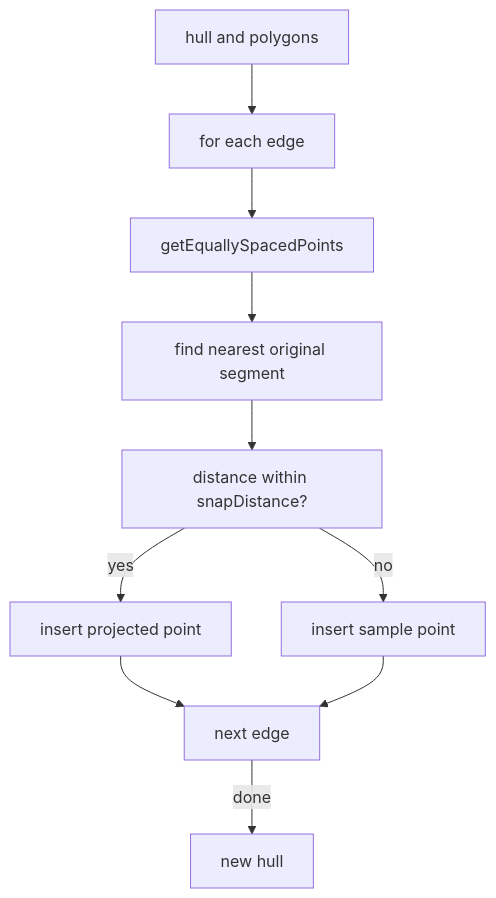
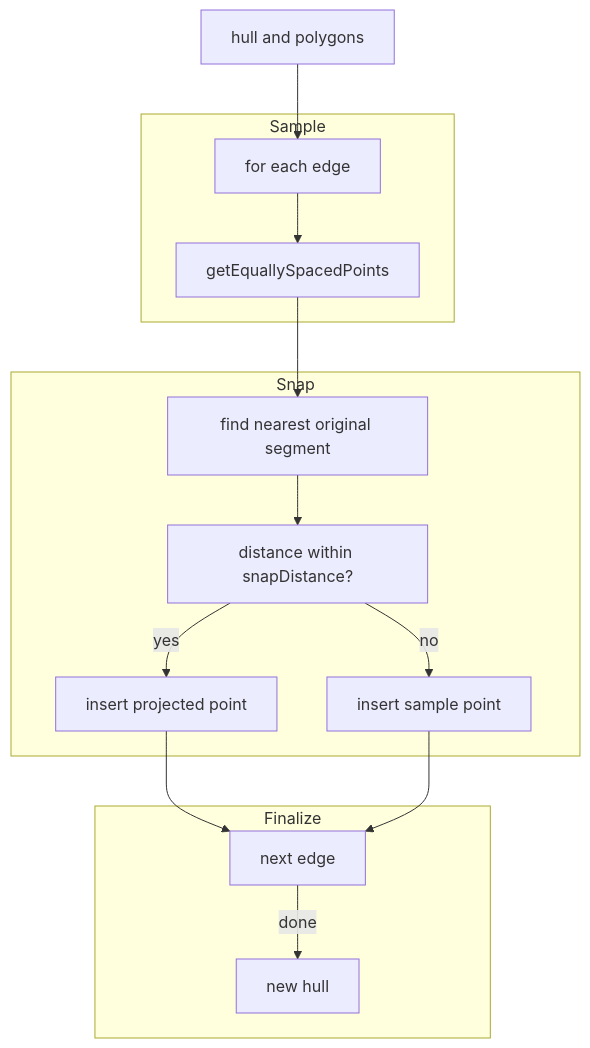
One commit to Gh0st352/AETHR changed the fifth of 7 diagrams in docs/poly/README.md. Above: the diagram before and after it, drawn with Mermaid. The commit also changed other lines of this file and 9 other files, not shown here.

First line of the commit message:
docs(poly): improve README headings and mermaid diagrams

````diff
--- a/docs/poly/README.md
+++ b/docs/poly/README.md
@@ -114,12 +143,24 @@
 ```mermaid
+%% shared theme: docs/_mermaid/theme.json %%
 flowchart TD
   IN[hull and polygons] --> E[for each edge]
-  E --> SAMP[getEquallySpacedPoints]
-  SAMP --> SNAP[find nearest original segment]
-  SNAP --> THR[distance within snapDistance?]
-  THR -->|yes| INS[insert projected point]
-  THR -->|no| INS2[insert sample point]
+  subgraph "Sample"
+    E --> SAMP[getEquallySpacedPoints]
+  end
+  subgraph "Snap"
+    SAMP --> SNAP[find nearest original segment]
+    SNAP --> THR[distance within snapDistance?]
+    THR -->|yes| INS[insert projected point]
+    THR -->|no| INS2[insert sample point]
+  end
   INS --> NEXT[next edge]
   INS2 --> NEXT
-  NEXT -->|done| OUT[new hull]
+  subgraph "Finalize"
+    NEXT -->|done| OUT[new hull]
+  end
+
+  class IN class_io;
+  class OUT class_result;
+  class THR class_decision;
+  class E,SAMP,SNAP,INS,INS2,NEXT class_step;
 ```
````
